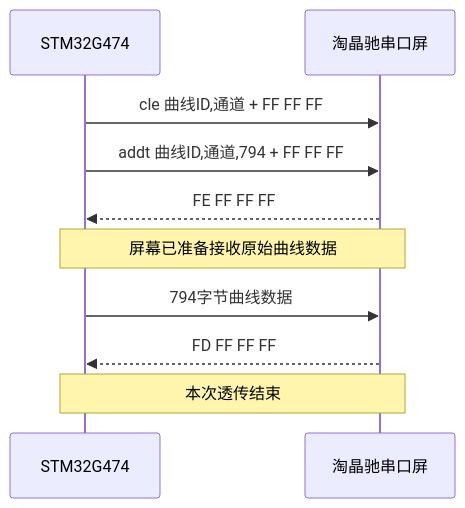
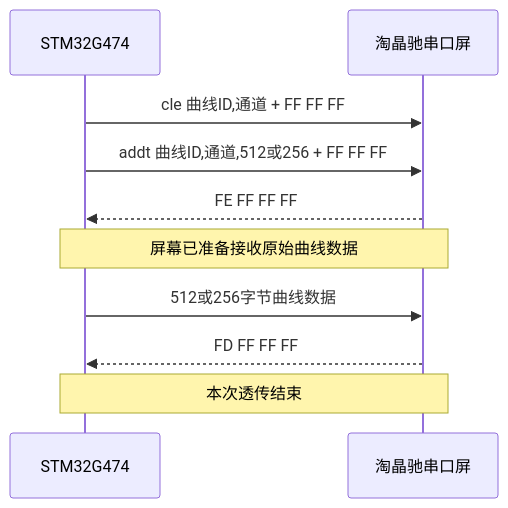
Before and after one commit to Git-ys1/STM32G474-Periodic-Signal-Analyzer: the fifth of 6 diagrams in G_Periodic_Signal_Analyzer/docs/05_report/REPORT_DISPLAY_MODULE_DRAFT.md, drawn with Mermaid. The commit also changed other lines of this file and 20 other files, not shown here.

````diff
--- a/G_Periodic_Signal_Analyzer/docs/05_report/REPORT_DISPLAY_MODULE_DRAFT.md
+++ b/G_Periodic_Signal_Analyzer/docs/05_report/REPORT_DISPLAY_MODULE_DRAFT.md
@@ -530,12 +529,12 @@
 ```mermaid
 sequenceDiagram
     participant MCU as STM32G474
     participant HMI as 淘晶驰串口屏
     MCU->>HMI: cle 曲线ID,通道 + FF FF FF
-    MCU->>HMI: addt 曲线ID,通道,794 + FF FF FF
+    MCU->>HMI: addt 曲线ID,通道,512或256 + FF FF FF
     HMI-->>MCU: FE FF FF FF
     Note over MCU,HMI: 屏幕已准备接收原始曲线数据
-    MCU->>HMI: 794字节曲线数据
+    MCU->>HMI: 512或256字节曲线数据
     HMI-->>MCU: FD FF FF FF
     Note over MCU,HMI: 本次透传结束
 ```
````
